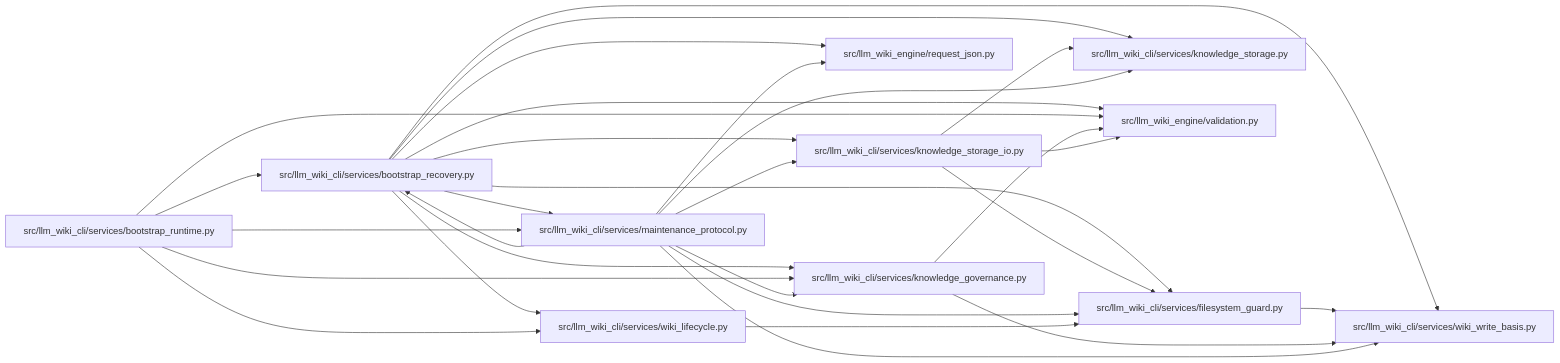
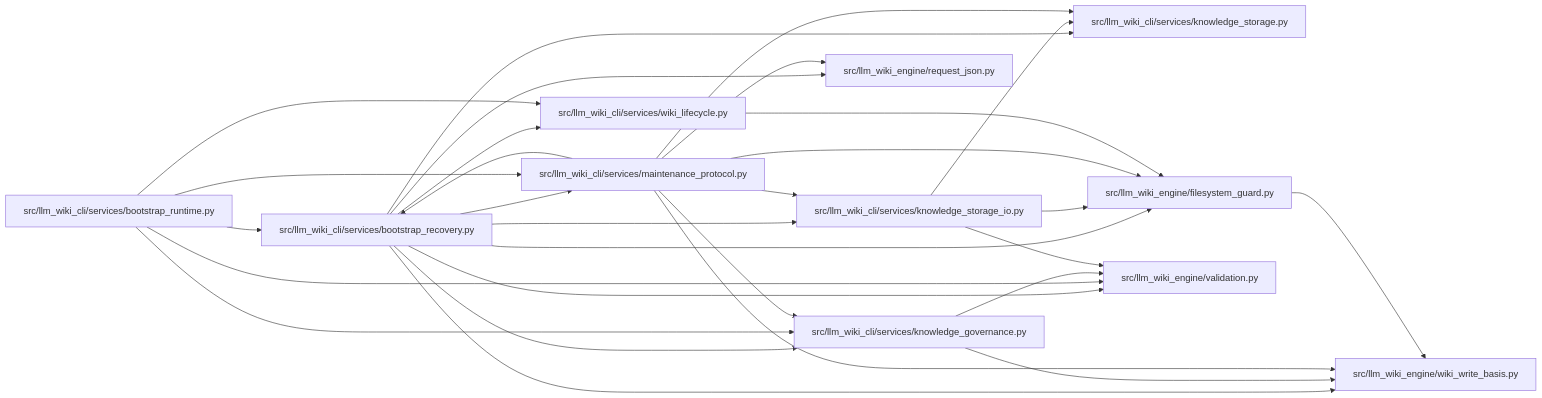
Before and after one commit to Denissvgn/python-wiki-llm: the diagram in docs/llm_wiki/modules/bootstrap_recovery.md, drawn with Mermaid. The commit also changed other lines of this file and 739 other files, not shown here.

First line of the commit message:
docs: refresh the wiki for the second engine batch

````diff
--- a/docs/llm_wiki/modules/bootstrap_recovery.md
+++ b/docs/llm_wiki/modules/bootstrap_recovery.md
@@ -33,53 +33,53 @@
 ```mermaid
 flowchart LR
     n0["src/llm_wiki_cli/services/bootstrap_recovery.py"]
     n1["src/llm_wiki_cli/services/bootstrap_runtime.py"]
-    n2["src/llm_wiki_cli/services/filesystem_guard.py"]
-    n3["src/llm_wiki_cli/services/knowledge_governance.py"]
-    n4["src/llm_wiki_cli/services/knowledge_storage.py"]
-    n5["src/llm_wiki_cli/services/knowledge_storage_io.py"]
-    n6["src/llm_wiki_cli/services/maintenance_protocol.py"]
-    n7["src/llm_wiki_cli/services/wiki_lifecycle.py"]
-    n8["src/llm_wiki_cli/services/wiki_write_basis.py"]
-    n9["src/llm_wiki_engine/request_json.py"]
-    n10["src/llm_wiki_engine/validation.py"]
+    n2["src/llm_wiki_cli/services/knowledge_governance.py"]
+    n3["src/llm_wiki_cli/services/knowledge_storage.py"]
+    n4["src/llm_wiki_cli/services/knowledge_storage_io.py"]
+    n5["src/llm_wiki_cli/services/maintenance_protocol.py"]
+    n6["src/llm_wiki_cli/services/wiki_lifecycle.py"]
+    n7["src/llm_wiki_engine/filesystem_guard.py"]
+    n8["src/llm_wiki_engine/request_json.py"]
+    n9["src/llm_wiki_engine/validation.py"]
+    n10["src/llm_wiki_engine/wiki_write_basis.py"]
     n0 --> n2
     n0 --> n3
     n0 --> n4
     n0 --> n5
     n0 --> n6
     n0 --> n7
     n0 --> n8
     n0 --> n9
     n0 --> n10
     n1 --> n0
-    n1 --> n3
+    n1 --> n2
+    n1 --> n5
     n1 --> n6
-    n1 --> n7
-    n1 --> n10
-    n2 --> n8
-    n3 --> n8
-    n3 --> n10
+    n1 --> n9
+    n2 --> n9
+    n2 --> n10
+    n4 --> n3
+    n4 --> n7
+    n4 --> n9
+    n5 --> n0
     n5 --> n2
+    n5 --> n3
     n5 --> n4
+    n5 --> n7
+    n5 --> n8
     n5 --> n10
-    n6 --> n0
-    n6 --> n2
-    n6 --> n3
-    n6 --> n4
-    n6 --> n5
-    n6 --> n8
-    n6 --> n9
-    n7 --> n2
+    n6 --> n7
+    n7 --> n10
     click n0 "../modules/bootstrap_recovery.md"
     click n1 "../modules/bootstrap_runtime.md"
-    click n2 "../modules/filesystem_guard.md"
-    click n3 "../modules/knowledge_governance.md"
-    click n4 "../modules/knowledge_storage.md"
-    click n5 "../modules/knowledge_storage_io.md"
-    click n6 "../modules/maintenance_protocol.md"
-    click n7 "../modules/wiki_lifecycle.md"
-    click n8 "../modules/wiki_write_basis.md"
-    click n9 "../modules/request_json.md"
-    click n10 "../modules/validation.md"
+    click n2 "../modules/knowledge_governance.md"
+    click n3 "../modules/knowledge_storage.md"
+    click n4 "../modules/knowledge_storage_io.md"
+    click n5 "../modules/maintenance_protocol.md"
+    click n6 "../modules/wiki_lifecycle.md"
+    click n7 "../modules/filesystem_guard.md"
+    click n8 "../modules/request_json.md"
+    click n9 "../modules/validation.md"
+    click n10 "../modules/wiki_write_basis.md"
 ```
````
